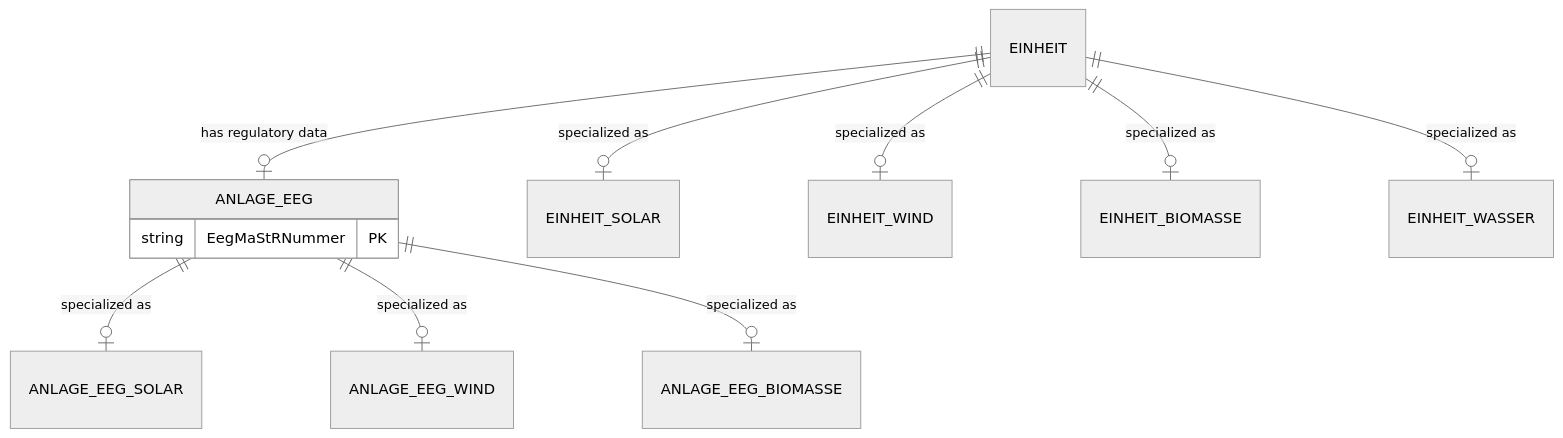
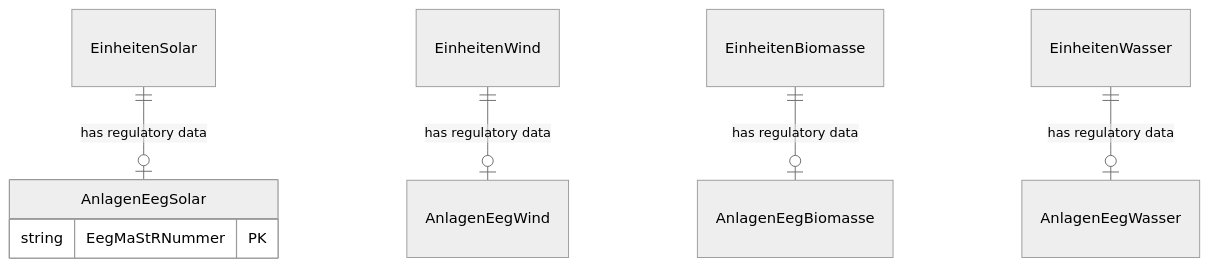
Before and after one commit to zavalit/mastRpiece: the third of 5 diagrams in docs/data-relationships.md, drawn with Mermaid (neutral theme). The commit also changed other lines of this file, not shown here.

````diff
--- a/docs/data-relationships.md
+++ b/docs/data-relationships.md
@@ -74,17 +78,11 @@
 ```mermaid
 erDiagram
-    EINHEIT ||--o| ANLAGE_EEG : "has regulatory data"
+    EinheitenSolar ||--o| AnlagenEegSolar : "has regulatory data"
+    EinheitenWind ||--o| AnlagenEegWind : "has regulatory data"
+    EinheitenBiomasse ||--o| AnlagenEegBiomasse : "has regulatory data"
+    EinheitenWasser ||--o| AnlagenEegWasser : "has regulatory data"
 
-    EINHEIT ||--o| EINHEIT_SOLAR : "specialized as"
-    EINHEIT ||--o| EINHEIT_WIND : "specialized as"
-    EINHEIT ||--o| EINHEIT_BIOMASSE : "specialized as"
-    EINHEIT ||--o| EINHEIT_WASSER : "specialized as"
-
-    ANLAGE_EEG ||--o| ANLAGE_EEG_SOLAR : "specialized as"
-    ANLAGE_EEG ||--o| ANLAGE_EEG_WIND : "specialized as"
-    ANLAGE_EEG ||--o| ANLAGE_EEG_BIOMASSE : "specialized as"
-
-    ANLAGE_EEG {
+    AnlagenEegSolar {
         string EegMaStRNummer PK
     }
 ```
````
